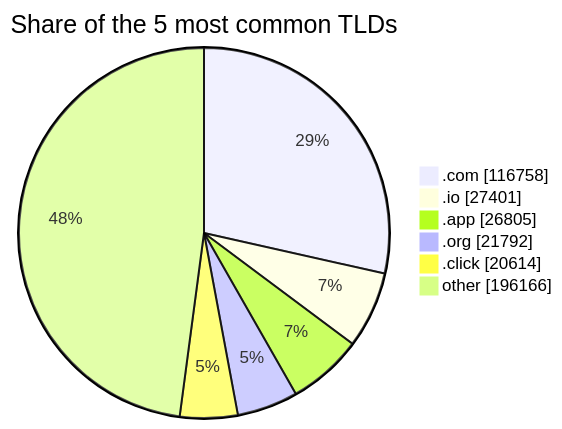
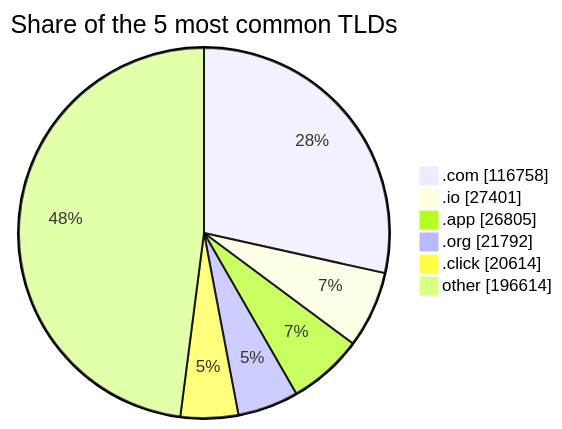
Before and after one commit to DNSBunker/CTI: the third of 3 diagrams in README.md, drawn with Mermaid. The commit also changed other lines of this file and 3 other files, not shown here.

````diff
--- a/README.md
+++ b/README.md
@@ -81,9 +81,9 @@
 ```mermaid
 pie showData title Share of the 5 most common TLDs
     ".com" : 116758
     ".io" : 27401
     ".app" : 26805
     ".org" : 21792
     ".click" : 20614
-    "other" : 196166
+    "other" : 196614
 ```
````
